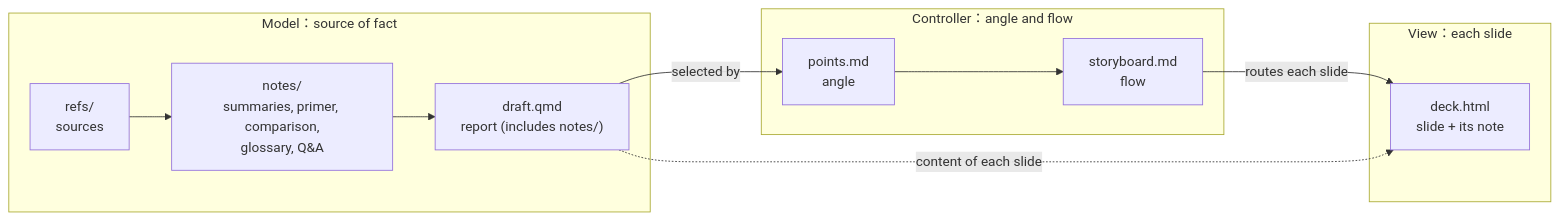
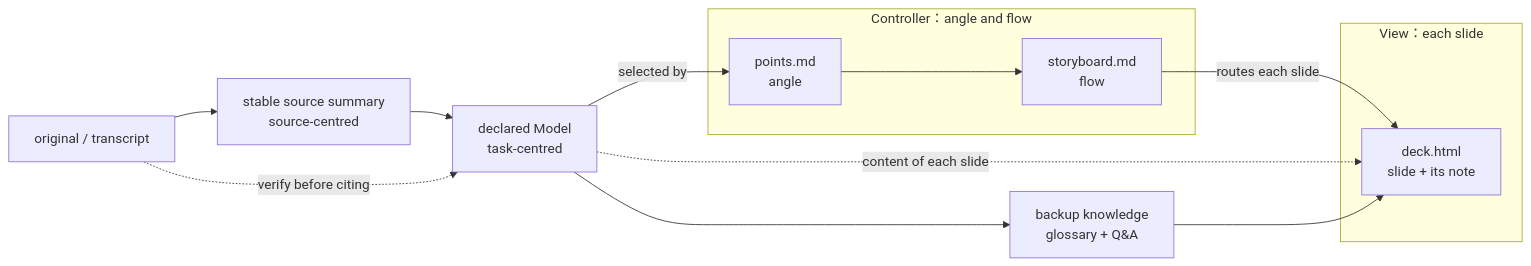
Before and after one commit to enstw/thesisbug2: the diagram in assets/templates/presentation/presentation-protocol.md, drawn with Mermaid. The commit also changed other lines of this file and 30 other files, not shown here.

Commit message:
feat(presentation): separate source summaries from talk MVC

````diff
--- a/assets/templates/presentation/presentation-protocol.md
+++ b/assets/templates/presentation/presentation-protocol.md
@@ -24,15 +50,17 @@
 ```mermaid
 flowchart LR
-    subgraph M["Model：source of fact"]
-        R["refs/<br>sources"] --> N["notes/<br>summaries, primer, comparison,<br>glossary, Q&A"] --> D["draft.qmd<br>report (includes notes/)"]
-    end
+    R["original / transcript"] --> N["stable source summary<br>source-centred"]
+    N --> M["declared Model<br>task-centred"]
+    R -. "verify before citing" .-> M
+    M --> B["backup knowledge<br>glossary + Q&A"]
     subgraph C["Controller：angle and flow"]
         P["points.md<br>angle"] --> S["storyboard.md<br>flow"]
     end
     subgraph V["View：each slide"]
         K["deck.html<br>slide + its note"]
     end
-    D -->|selected by| P
+    M -->|selected by| P
     S -->|routes each slide| K
-    D -.->|content of each slide| K
+    M -.->|content of each slide| K
+    B --> K
 ```
````
